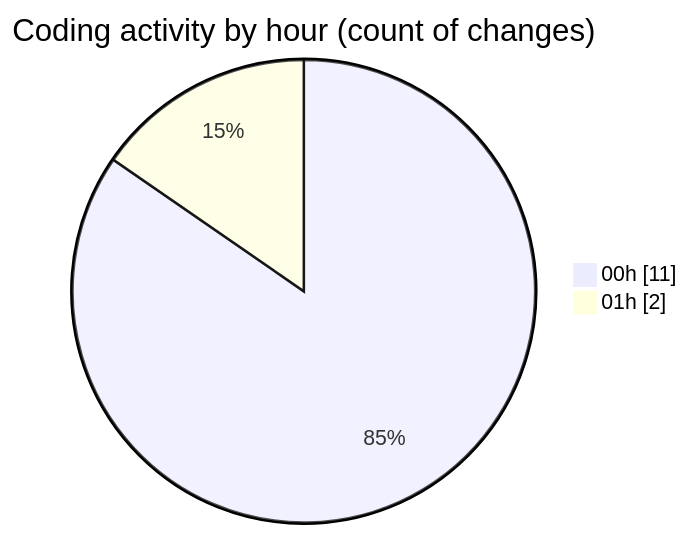
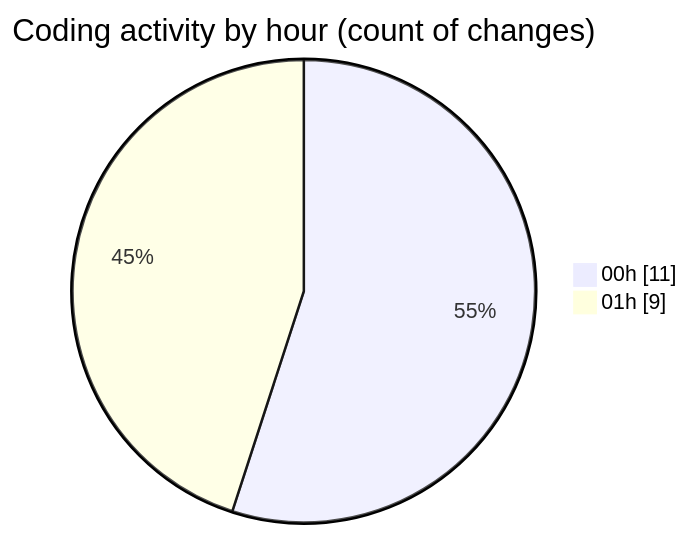
The second of 2 diagrams in 2025-01-02/mods/README.md (3Nya3/code-tracking), drawn with Mermaid before and after one commit. The commit also changed other lines of this file and 1 other file, not shown here.

````diff
--- a/2025-01-02/mods/README.md
+++ b/2025-01-02/mods/README.md
@@ -28,6 +28,6 @@
 ```mermaid
 pie showData
 title Coding activity by hour (count of changes)
 "00h" : 11
-"01h" : 2
+"01h" : 9
 ```
````
